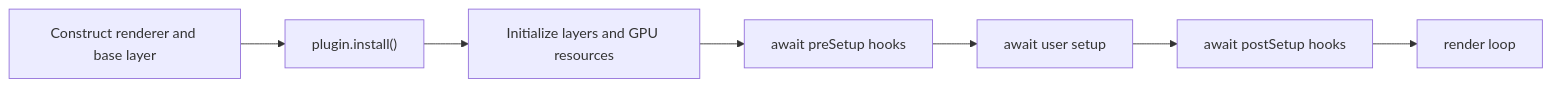
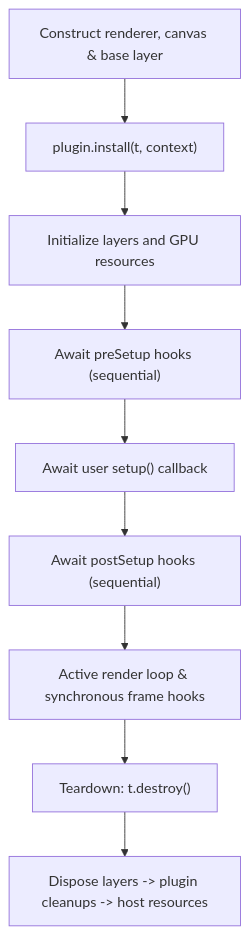
Before and after one commit to humanbydefinition/code.textmode.art: the first of 2 diagrams in docs/plugins.md, drawn with Mermaid. The commit also changed other lines of this file, not shown here.

Commit message:
docs: enhance plugins documentation with detailed lifecycle and teardown information

````diff
--- a/docs/plugins.md
+++ b/docs/plugins.md
@@ -29,9 +30,11 @@
 ```mermaid
-flowchart LR
-  A["Construct renderer and base layer"] --> B["plugin.install()"]
+flowchart TD
+  A["Construct renderer, canvas & base layer"] --> B["plugin.install(t, context)"]
   B --> C["Initialize layers and GPU resources"]
-  C --> D["await preSetup hooks"]
-  D --> E["await user setup"]
-  E --> F["await postSetup hooks"]
-  F --> G["render loop"]
+  C --> D["Await preSetup hooks (sequential)"]
+  D --> E["Await user setup() callback"]
+  E --> F["Await postSetup hooks (sequential)"]
+  F --> G["Active render loop & synchronous frame hooks"]
+  G --> H["Teardown: t.destroy()"]
+  H --> I["Dispose layers -> plugin cleanups -> host resources"]
 ```
````
